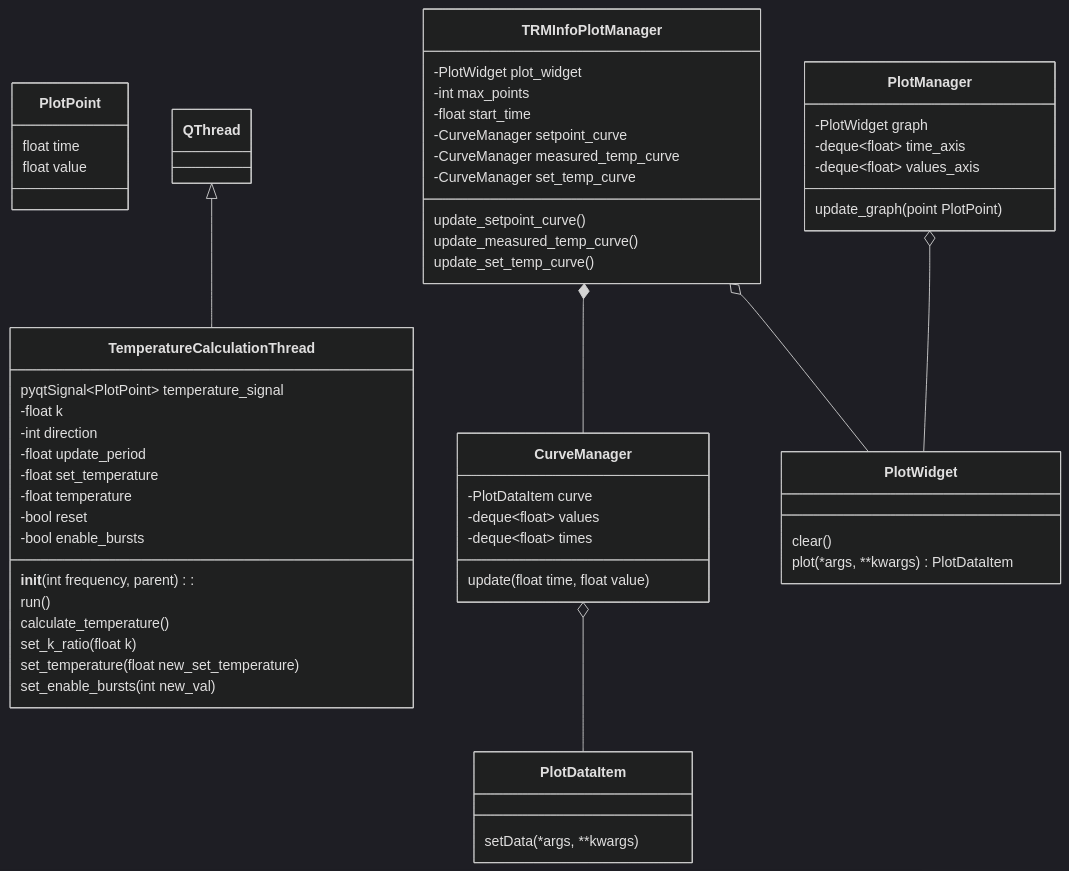
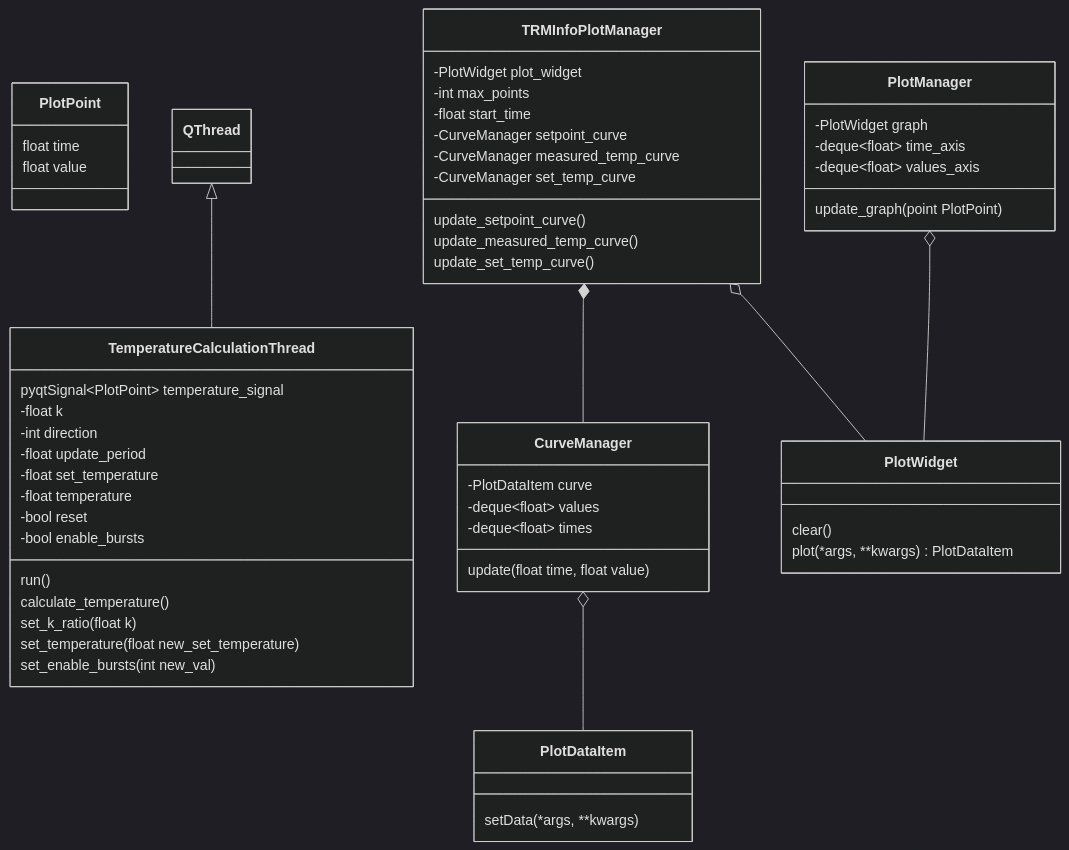
The fifth of 7 diagrams in data/diagrams/диаграмма классов.md (Marik28/dissertation), drawn with Mermaid (dark theme) before and after one commit. The commit also changed other lines of this file, not shown here.

````diff
--- a/data/diagrams/диаграмма классов.md
+++ b/data/diagrams/диаграмма классов.md
@@ -264,66 +253,65 @@
 ```mermaid
 classDiagram
     
     class TemperatureCalculationThread {
         pyqtSignal~PlotPoint~ temperature_signal
         -float k
         -int direction
         -float update_period
         -float set_temperature
         -float temperature
         -bool reset
         -bool enable_bursts 
-        __init__(int frequency, parent):
         run()
         calculate_temperature()
         set_k_ratio(float k)
         set_temperature(float new_set_temperature)
         set_enable_bursts(int new_val)
     }
     
     class PlotPoint{
         float time
         float value
     }
     
     class PlotManager {
         -PlotWidget graph
         -deque~float~ time_axis
         -deque~float~ values_axis
         update_graph(point PlotPoint)
     }
     
     class CurveManager {
         -PlotDataItem curve
         -deque~float~ values
         -deque~float~ times
         update(float time, float value)
     }
     
     class TRMInfoPlotManager {
         -PlotWidget plot_widget
         -int max_points
         -float start_time
         -CurveManager setpoint_curve
         -CurveManager measured_temp_curve
         -CurveManager set_temp_curve
         update_setpoint_curve()       
         update_measured_temp_curve()       
         update_set_temp_curve()       
     }
     
     class PlotWidget {
         clear()
         plot(*args, **kwargs) PlotDataItem
     }
     
     class PlotDataItem {
         setData(*args, **kwargs)
     }
     
     QThread <|-- TemperatureCalculationThread
     TRMInfoPlotManager *-- CurveManager
     TRMInfoPlotManager o-- PlotWidget
     PlotManager o-- PlotWidget
     CurveManager o-- PlotDataItem
 ```
````
